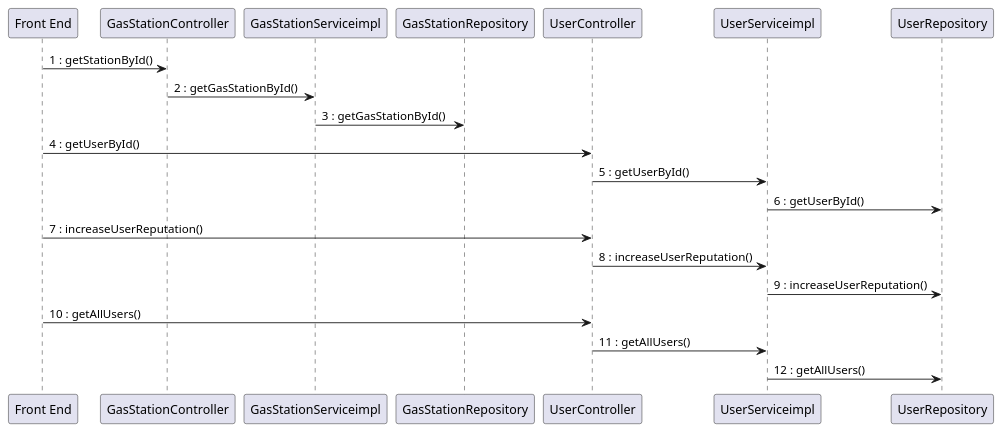
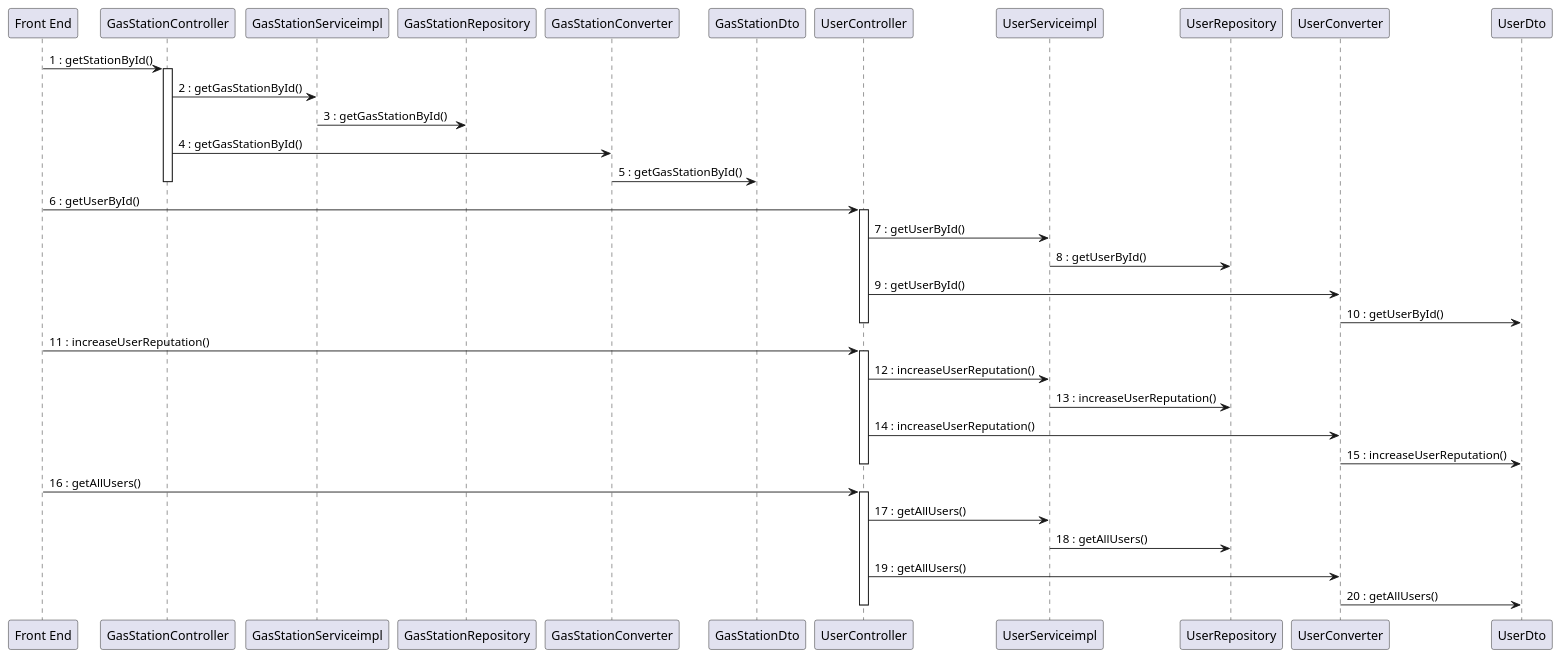
Diagram 14 of 15 in docs/DesignDocument.md (mosTavassoli/ezgas), drawn with PlantUML before and after one commit. The commit also changed other lines of this file, not shown here.

Commit message:
docs(DesignDocument): fix traceability matrix, improve sequence diagrams and fill class diagram classes with methods and attributes

````diff
--- a/docs/DesignDocument.md
+++ b/docs/DesignDocument.md
@@ -452,25 +669,34 @@
 ```plantuml
 "Front End" -> GasStationController:1 : getStationById()
+activate GasStationController
+GasStationController -> GasStationServiceimpl:2 : getGasStationById()
+GasStationServiceimpl -> GasStationRepository:3 : getGasStationById()
+GasStationController -> GasStationConverter:4 : getGasStationById()
+GasStationConverter -> GasStationDto:5 : getGasStationById()
+deactivate GasStationController
 
-GasStationController -> GasStationServiceimpl:2 : getGasStationById()
 
-GasStationServiceimpl -> GasStationRepository:3 : getGasStationById()
+"Front End" -> UserController:6 : getUserById()
+activate UserController
+UserController -> UserServiceimpl:7 : getUserById()
+UserServiceimpl -> UserRepository:8 : getUserById()
+UserController -> UserConverter:9 : getUserById()
+UserConverter -> UserDto:10 : getUserById()
+deactivate UserController
 
-"Front End" -> UserController:4 : getUserById()
+"Front End" -> UserController :11 : increaseUserReputation()
+activate UserController
+UserController -> UserServiceimpl :12 : increaseUserReputation()
+UserServiceimpl -> UserRepository :13 : increaseUserReputation()
+UserController -> UserConverter:14 : increaseUserReputation()
+UserConverter -> UserDto:15 : increaseUserReputation()
+deactivate UserController
 
-UserController -> UserServiceimpl:5 : getUserById()
-
-UserServiceimpl -> UserRepository:6 : getUserById()
-
-"Front End" -> UserController :7 : increaseUserReputation()
-
-UserController -> UserServiceimpl :8 : increaseUserReputation()
-
-UserServiceimpl -> UserRepository :9 : increaseUserReputation()
-
-"Front End" -> UserController :10 : getAllUsers()
-
-UserController -> UserServiceimpl :11 : getAllUsers()
-
-UserServiceimpl -> UserRepository :12 : getAllUsers()
+"Front End" -> UserController :16 : getAllUsers()
+activate UserController
+UserController -> UserServiceimpl :17 : getAllUsers()
+UserServiceimpl -> UserRepository :18 : getAllUsers()
+UserController -> UserConverter:19 : getAllUsers()
+UserConverter -> UserDto:20 : getAllUsers()
+deactivate UserController
 ```
````
